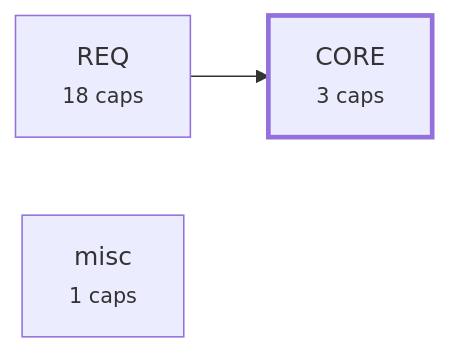
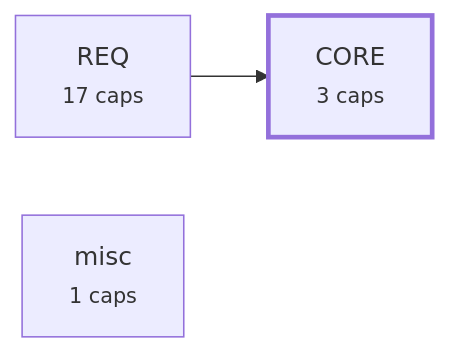
One commit to alxmax/Requirement-manager changed the third of 4 diagrams in plugin/requirements/_map.md. Above: the diagram before and after it, drawn with Mermaid. The commit also changed other lines of this file and 9 other files, not shown here.

````diff
--- a/plugin/requirements/_map.md
+++ b/plugin/requirements/_map.md
@@ -175,8 +168,8 @@
 ```mermaid
 graph LR
   a_CORE["CORE<br><small>3 caps</small>"]
-  a_REQ["REQ<br><small>18 caps</small>"]
+  a_REQ["REQ<br><small>17 caps</small>"]
   a_misc["misc<br><small>1 caps</small>"]
   a_REQ --> a_CORE
   style a_CORE stroke-width:3px
 ```
````
